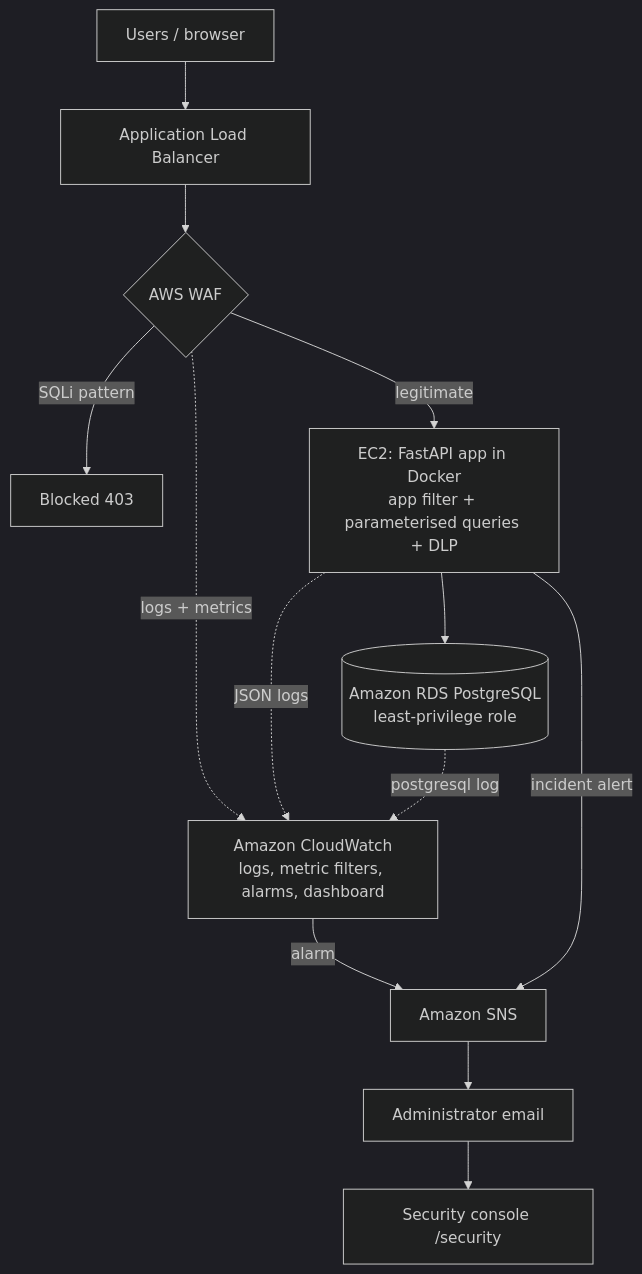
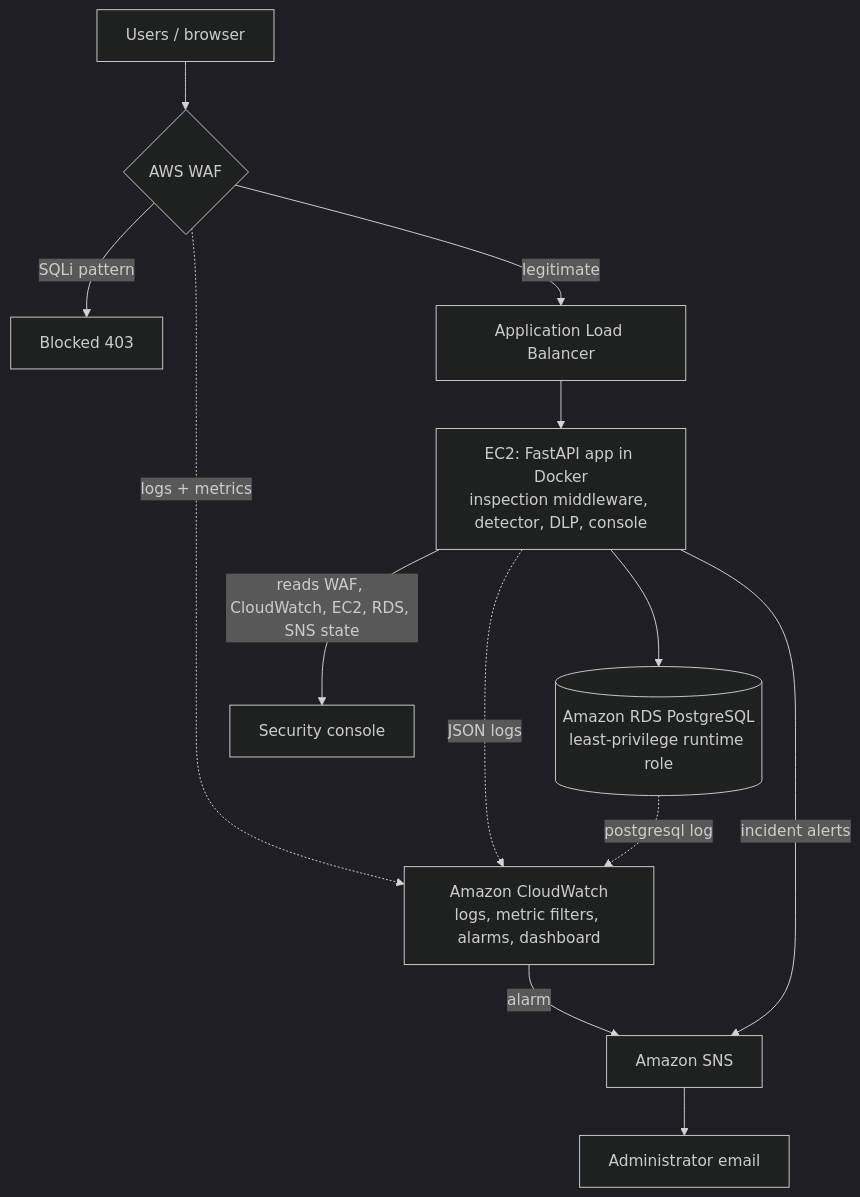
The diagram in README.md (Dhruv-ux-dev/cloud-sqli-detection), drawn with Mermaid (dark theme) before and after one commit. The commit also changed other lines of this file and 5 other files, not shown here.

````diff
--- a/README.md
+++ b/README.md
@@ -7,15 +32,15 @@
 ```mermaid
 flowchart TD
-    U[Users / browser] --> ALB[Application Load Balancer]
-    ALB --> WAF{AWS WAF}
+    U[Users / browser] --> WAF{AWS WAF}
     WAF -- SQLi pattern --> X[Blocked 403]
-    WAF -- legitimate --> APP[EC2: FastAPI app in Docker<br/>app filter + parameterised queries + DLP]
-    APP --> RDS[(Amazon RDS PostgreSQL<br/>least-privilege role)]
+    WAF -- legitimate --> ALB[Application Load Balancer]
+    ALB --> APP[EC2: FastAPI app in Docker<br/>inspection middleware, detector, DLP, console]
+    APP --> RDS[(Amazon RDS PostgreSQL<br/>least-privilege runtime role)]
     WAF -. logs + metrics .-> CW[Amazon CloudWatch<br/>logs, metric filters, alarms, dashboard]
     APP -. JSON logs .-> CW
     RDS -. postgresql log .-> CW
     CW -- alarm --> SNS[Amazon SNS]
-    APP -- incident alert --> SNS
+    APP -- incident alerts --> SNS
     SNS --> ADMIN[Administrator email]
-    ADMIN --> CON[Security console /security]
+    APP -- reads WAF, CloudWatch, EC2, RDS, SNS state --> CON[Security console]
 ```
````
